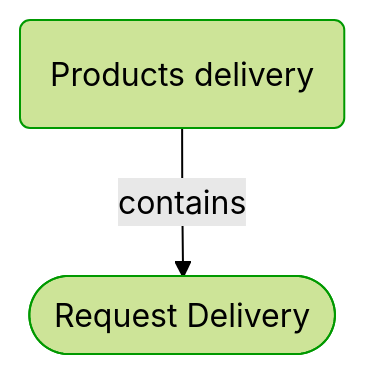
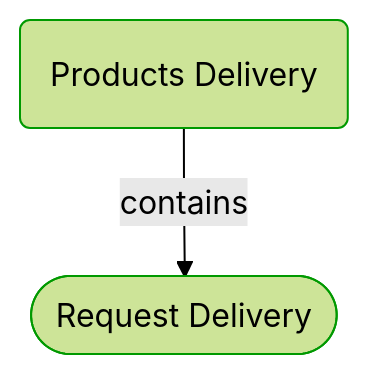
One commit to itlibrium/DDD-starter-dotnet changed the first of 4 diagrams in Docs/P3/MermaidOutput/Domain/Processes/ProductsDelivery.md. Above: the diagram before and after it, drawn with Mermaid (forest theme). The commit also changed other lines of this file and 237 other files, not shown here.

````diff
--- a/Docs/P3/MermaidOutput/Domain/Processes/ProductsDelivery.md
+++ b/Docs/P3/MermaidOutput/Domain/Processes/ProductsDelivery.md
@@ -21,11 +21,11 @@
 ```mermaid
   flowchart TB
-    0(Products delivery)
+    0(Products Delivery)
     class 0 DomainPerspective
     1([Request Delivery])
     class 1 DomainPerspective
     0-->|contains|1
     classDef DomainPerspective stroke:#009900
     classDef TechnologyPerspective stroke:#1F41EB
     classDef PeoplePerspective stroke:#FFF014
 ```
````
